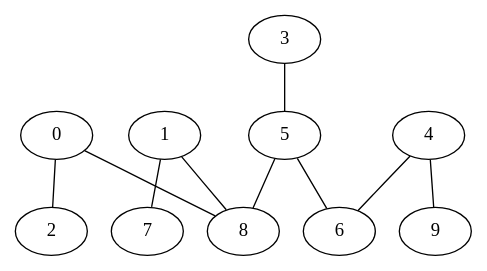
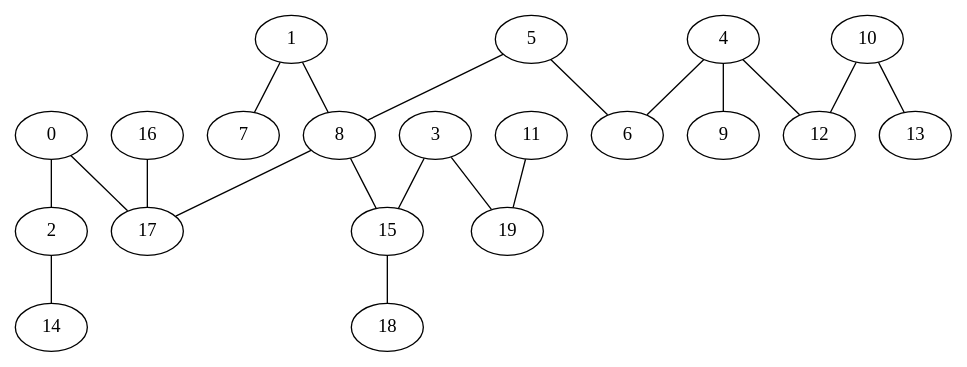
One commit to feichay10/Practicas_CyA_2425 changed the diagram in Practica_11_Algoritmos_Voraces_EMST/graph.dot. Above: the diagram before and after it, drawn with Graphviz. The commit also changed 12 other files, not shown here.

```diff
--- a/Practica_11_Algoritmos_Voraces_EMST/graph.dot
+++ b/Practica_11_Algoritmos_Voraces_EMST/graph.dot
@@ -1,21 +1,41 @@
 graph {
     0 [pos="68,-21!"];
     1 [pos="57,60!"];
     2 [pos="82,-60!"];
     3 [pos="-33,54!"];
     4 [pos="-44,11!"];
     5 [pos="-5,26!"];
     6 [pos="-27,3!"];
     7 [pos="90,83!"];
     8 [pos="27,43!"];
     9 [pos="-72,21!"];
+    10 [pos="-97,-51!"];
+    11 [pos="-73,61!"];
+    12 [pos="-69,-20!"];
+    13 [pos="-74,-78!"];
+    14 [pos="100,-56!"];
+    15 [pos="3,68!"];
+    16 [pos="23,-41!"];
+    17 [pos="28,5!"];
+    18 [pos="-1,95!"];
+    19 [pos="-41,54!"];
+    2 -- 14 
     0 -- 2 
+    10 -- 13 
+    3 -- 19 
+    11 -- 19 
     4 -- 6 
     4 -- 9 
     5 -- 6 
     1 -- 8 
+    15 -- 18 
+    8 -- 15 
     5 -- 8 
-    3 -- 5 
+    8 -- 17 
+    3 -- 15 
+    4 -- 12 
     1 -- 7 
-    0 -- 8 
+    10 -- 12 
+    16 -- 17 
+    0 -- 17 
   }
```
